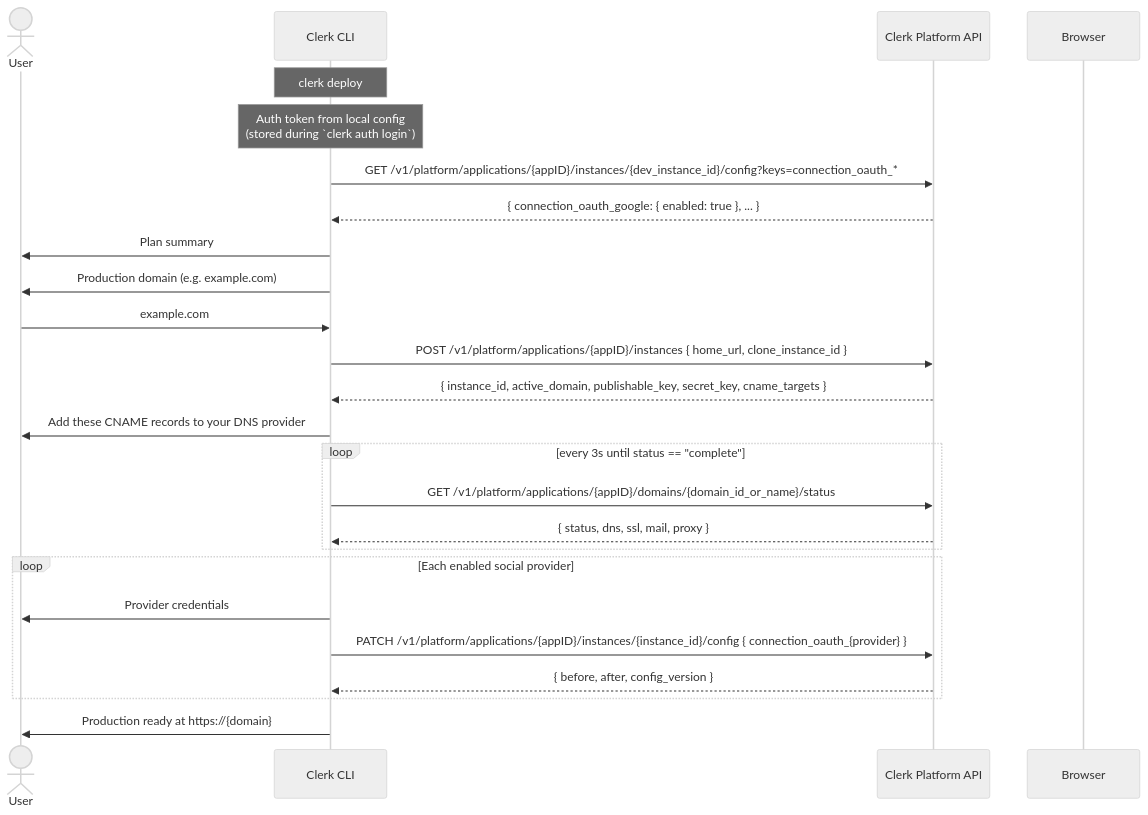
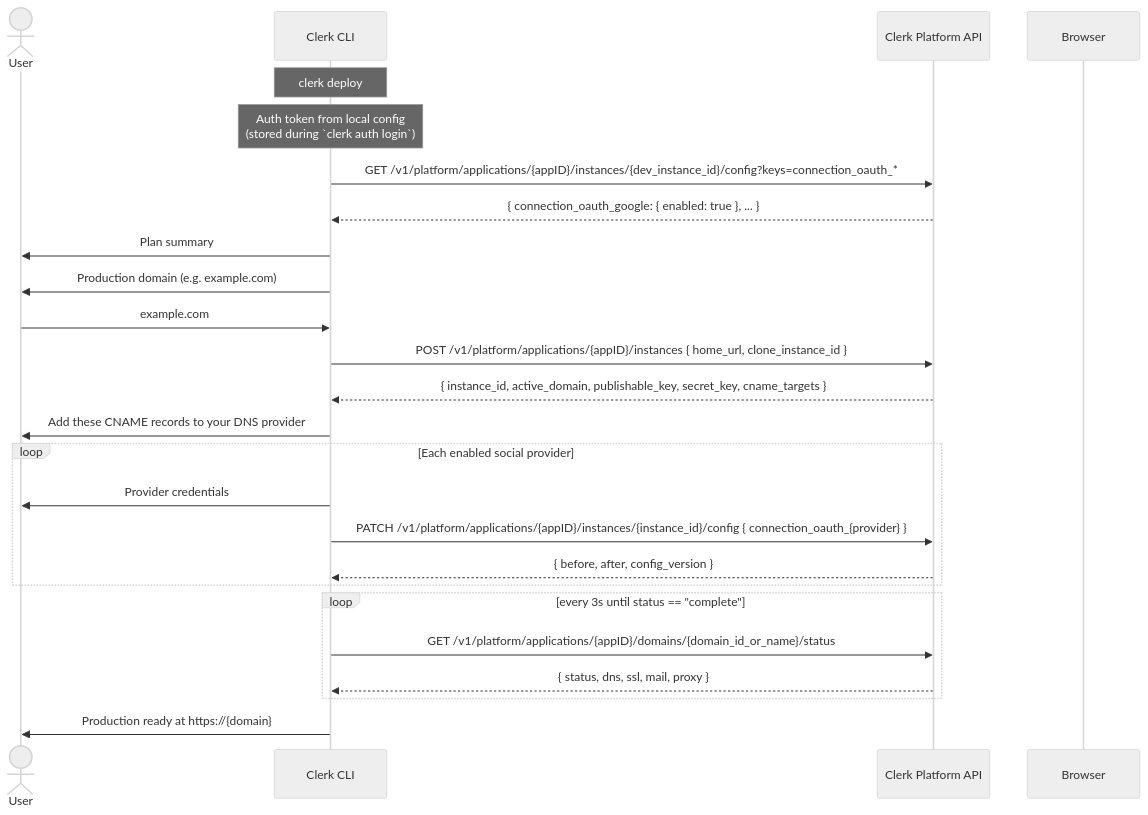
One commit to clerk/cli changed the diagram in packages/cli-core/src/commands/deploy/README.md. Above: the diagram before and after it, drawn with Mermaid (neutral theme). The commit also changed other lines of this file and 5 other files, not shown here.

Commit message:
fix(deploy): defer DNS verification until after OAuth

````diff
--- a/packages/cli-core/src/commands/deploy/README.md
+++ b/packages/cli-core/src/commands/deploy/README.md
@@ -56,42 +56,42 @@
 ```mermaid
 sequenceDiagram
     actor User
     participant CLI as Clerk CLI
     participant API as Clerk Platform API
     participant Browser
 
     Note over CLI: clerk deploy
 
     %% Auth & app context
     Note over CLI: Auth token from local config<br/>(stored during `clerk auth login`)
 
     %% Discover enabled OAuth providers in dev
     CLI->>API: GET /v1/platform/applications/{appID}/instances/{dev_instance_id}/config?keys=connection_oauth_*
     API-->>CLI: { connection_oauth_google: { enabled: true }, ... }
 
     %% Plan summary + domain
     CLI->>User: Plan summary
     CLI->>User: Production domain (e.g. example.com)
     User->>CLI: example.com
 
     %% Create production instance + domain in one round-trip, including clone validation
     CLI->>API: POST /v1/platform/applications/{appID}/instances { home_url, clone_instance_id }
     API-->>CLI: { instance_id, active_domain, publishable_key, secret_key, cname_targets }
 
     CLI->>User: Add these CNAME records to your DNS provider
 
-    %% Poll domain status
-    loop every 3s until status == "complete"
-        CLI->>API: GET /v1/platform/applications/{appID}/domains/{domain_id_or_name}/status
-        API-->>CLI: { status, dns, ssl, mail, proxy }
-    end
-
     %% OAuth credential loop
     loop Each enabled social provider
         CLI->>User: Provider credentials
         CLI->>API: PATCH /v1/platform/applications/{appID}/instances/{instance_id}/config { connection_oauth_{provider} }
         API-->>CLI: { before, after, config_version }
     end
 
+    %% Poll domain status
+    loop every 3s until status == "complete"
+        CLI->>API: GET /v1/platform/applications/{appID}/domains/{domain_id_or_name}/status
+        API-->>CLI: { status, dns, ssl, mail, proxy }
+    end
+
     CLI->>User: Production ready at https://{domain}
 ```
````
